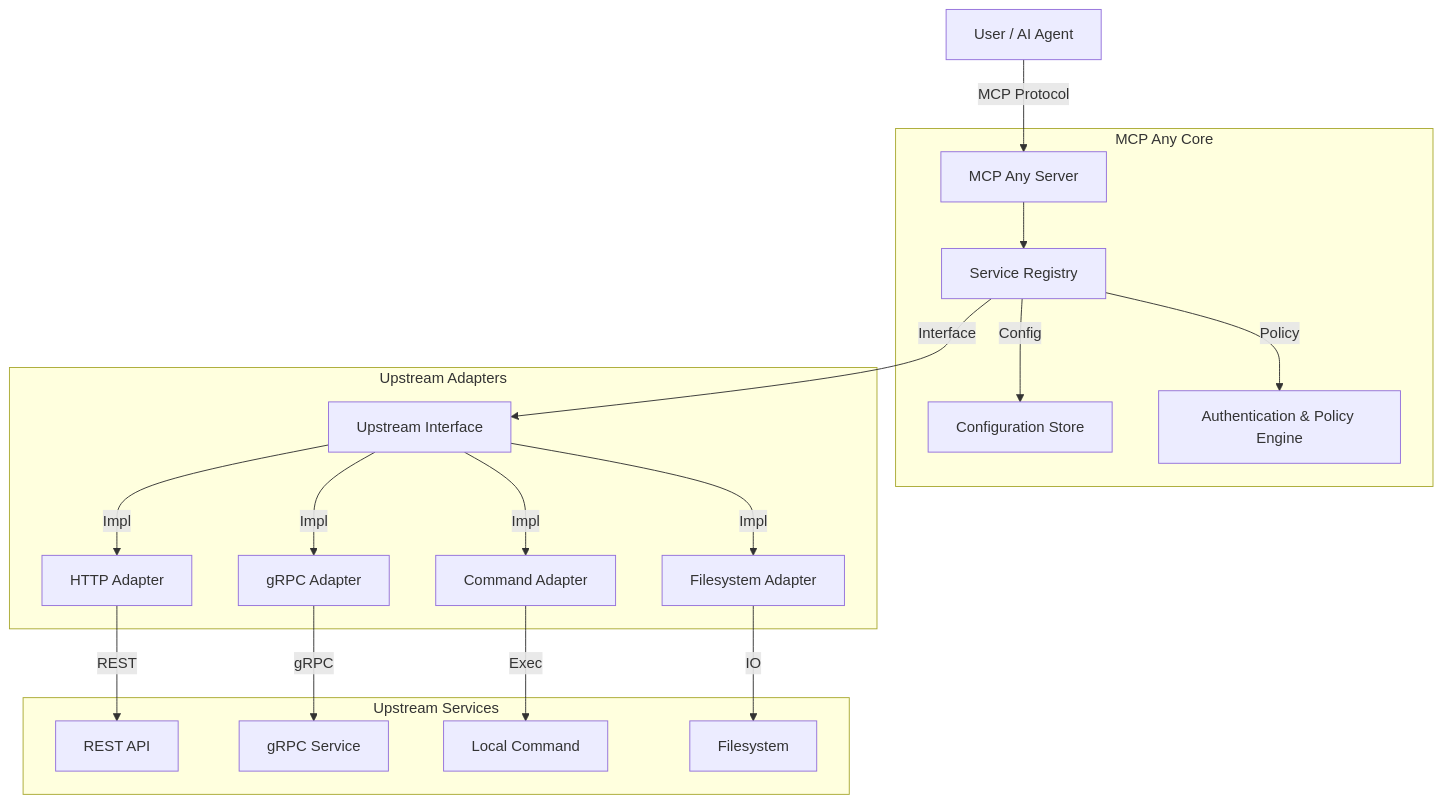
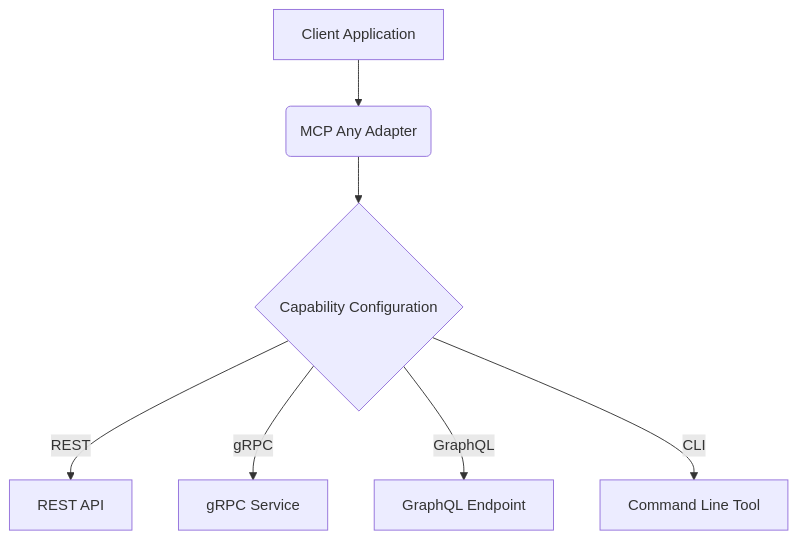
One commit to mcpany/core changed the diagram in README.md. Above: the diagram before and after it, drawn with Mermaid. The commit also changed other lines of this file and 588 other files, not shown here.

````diff
--- a/README.md
+++ b/README.md
@@ -35,25 +8,9 @@
 ```mermaid
 graph TD
-    User[User / AI Agent] -->|MCP Protocol| Server[MCP Any Server]
-
-    subgraph "MCP Any Core"
-        Server --> Registry[Service Registry]
-        Registry -->|Config| Config[Configuration Store]
-        Registry -->|Policy| Auth[Authentication & Policy Engine]
-    end
-
-    subgraph "Upstream Adapters"
-        Registry -->|Interface| Upstream[Upstream Interface]
-        Upstream -->|Impl| HTTP[HTTP Adapter]
-        Upstream -->|Impl| GRPC[gRPC Adapter]
-        Upstream -->|Impl| CMD[Command Adapter]
-        Upstream -->|Impl| FS[Filesystem Adapter]
-    end
-
-    subgraph "Upstream Services"
-        HTTP -->|REST| ServiceB[REST API]
-        GRPC -->|gRPC| ServiceA[gRPC Service]
-        CMD -->|Exec| ServiceD[Local Command]
-        FS -->|IO| ServiceE[Filesystem]
-    end
+    A[Client Application] --> B(MCP Any Adapter)
+    B --> C{Capability Configuration}
+    C -->|REST| D[REST API]
+    C -->|gRPC| E[gRPC Service]
+    C -->|GraphQL| F[GraphQL Endpoint]
+    C -->|CLI| G[Command Line Tool]
 ```
````
